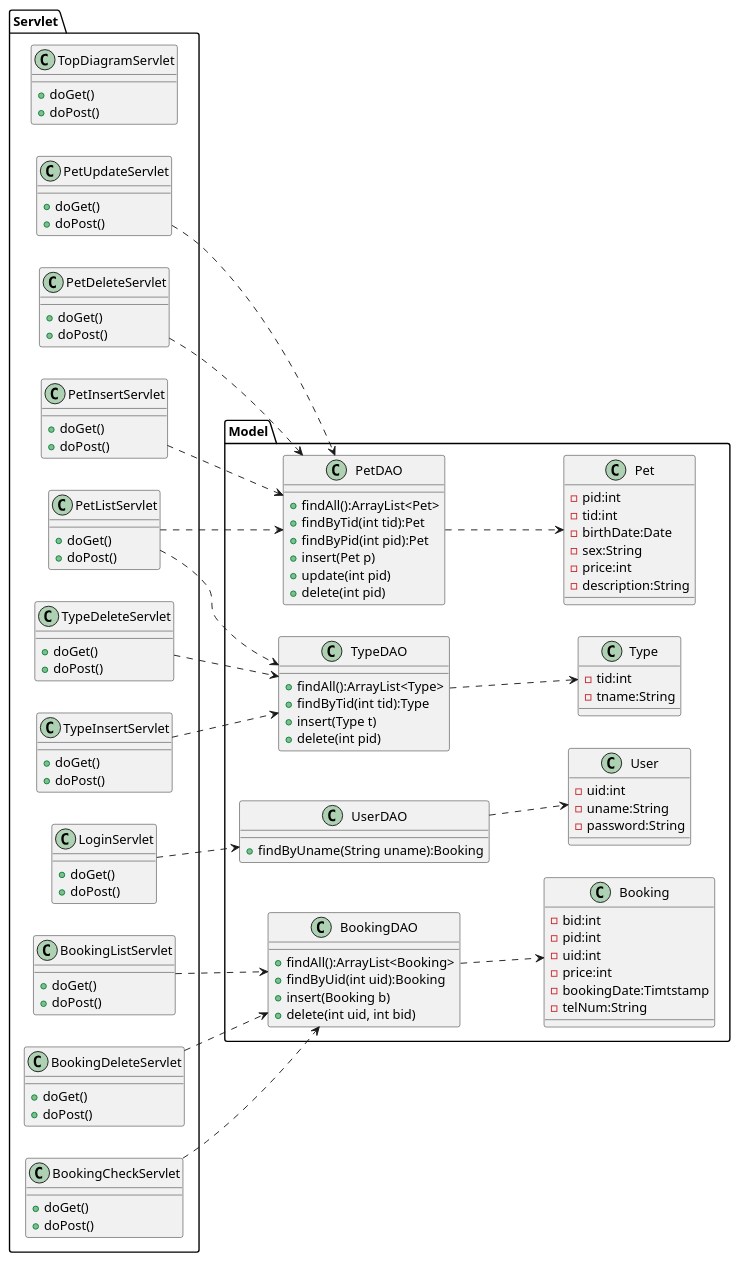
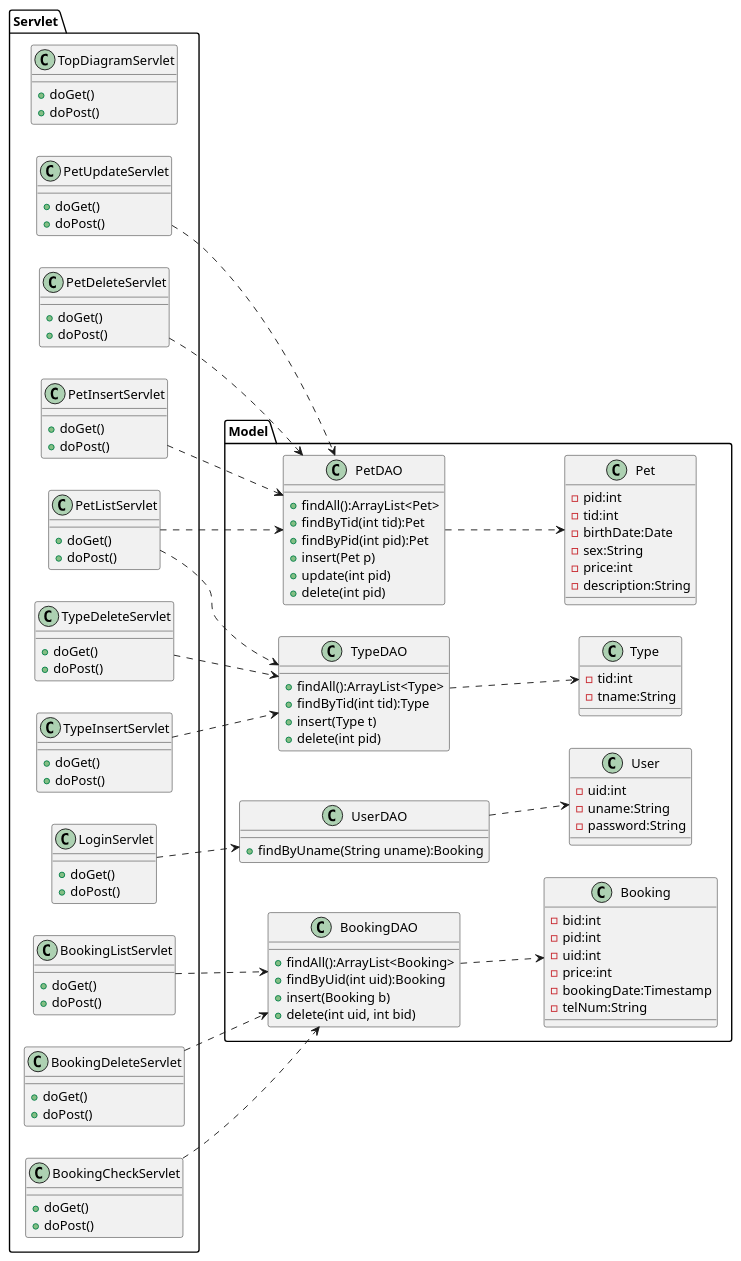
Before and after one commit to Tyamanaka07/WebSystem: the diagram in detail.uml/class.pu, drawn with PlantUML.

```diff
--- a/detail.uml/class.pu
+++ b/detail.uml/class.pu
@@ -1,136 +1,136 @@
 @startuml
 left to right direction
 
 package Model{
 	class Pet{
 		-pid:int
 		-tid:int
 		-birthDate:Date
 		-sex:String
 		-price:int
 		-description:String
 	}
 
 	class Type{
 		-tid:int
 		-tname:String
 	}
 
 	class User{
 		-uid:int
 		-uname:String
 		-password:String
 	}
 
 	class Booking{
 		-bid:int
 		-pid:int
 		-uid:int
 		-price:int
-		-bookingDate:Timtstamp
+		-bookingDate:Timestamp
 		-telNum:String
 	}
 
 	class PetDAO{
 		+findAll():ArrayList<Pet>
 		+findByTid(int tid):Pet
 		+findByPid(int pid):Pet
 		+insert(Pet p)
 		+update(int pid)
 		+delete(int pid)
 	}
 
 	class TypeDAO{
 		+findAll():ArrayList<Type>
 		+findByTid(int tid):Type
 		+insert(Type t)
 		+delete(int pid)
 	}
 
 	class UserDAO{
 		+findByUname(String uname):Booking
 	}
 
 	class BookingDAO{
 		+findAll():ArrayList<Booking>
 		+findByUid(int uid):Booking
 		+insert(Booking b)
 		+delete(int uid, int bid)
 	}
 }
 
 package Servlet{
 	class TopDiagramServlet{
 		+doGet()
 		+doPost()
 	}
 
 	class PetListServlet{
 		+doGet()
 		+doPost()
 	}
 
 	class LoginServlet{
 		+doGet()
 		+doPost()
 	}
 
 	class PetInsertServlet{
 		+doGet()
 		+doPost()
 	}
 
 	class PetUpdateServlet{
 		+doGet()
 		+doPost()
 	}
 
 	class PetDeleteServlet{
 		+doGet()
 		+doPost()
 	}
 
 	class TypeInsertServlet{
 		+doGet()
 		+doPost()
 	}
 
 	class TypeDeleteServlet{
 		+doGet()
 		+doPost()
 	}
 
 	class BookingCheckServlet{
 		+doGet()
 		+doPost()
 	}
 
 	class BookingListServlet{
 		+doGet()
 		+doPost()
 	}
 
 	class BookingDeleteServlet{
 		+doGet()
 		+doPost()
 	}
 }
 
 
 PetListServlet..>TypeDAO
 TypeInsertServlet..>TypeDAO
 TypeDeleteServlet..>TypeDAO
 PetListServlet..>PetDAO
 PetInsertServlet..>PetDAO
 PetUpdateServlet..>PetDAO
 PetDeleteServlet..>PetDAO
 LoginServlet..>UserDAO
 BookingCheckServlet..>BookingDAO
 BookingListServlet..>BookingDAO
 BookingDeleteServlet..>BookingDAO
 
 BookingDAO..>Booking
 PetDAO..>Pet
 TypeDAO..>Type
 UserDAO..>User
 @enduml
```
